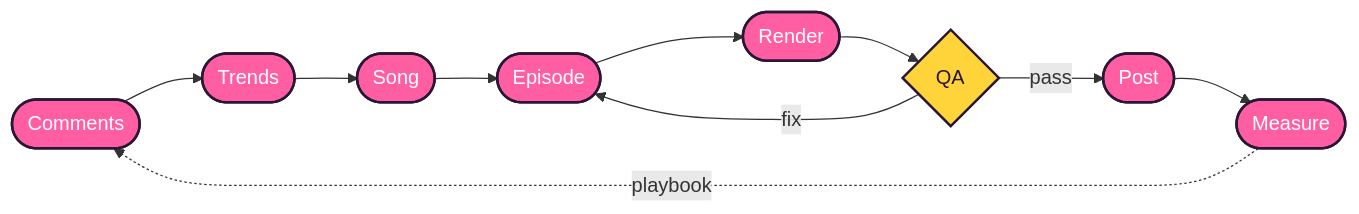
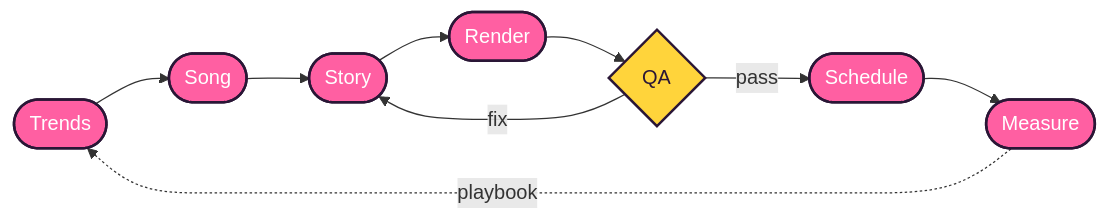
Before and after one commit to ClementGuerin/saxo-dance-public: the diagram in README.md, drawn with Mermaid. The commit also changed other lines of this file and 2 other files, not shown here.

Commit message:
Sync with a36fac5: docs(readme): catch the text up with four videos a night and the story episodes

````diff
--- a/README.md
+++ b/README.md
@@ -98,11 +102,11 @@
 ```mermaid
 flowchart LR
-    A(["Comments"]) --> B(["Trends"]) --> C(["Song"]) --> D(["Episode"]) --> E(["Render"]) --> F{"QA"}
+    A(["Trends"]) --> C(["Song"]) --> D(["Story"]) --> E(["Render"]) --> F{"QA"}
     F -- fix --> D
-    F -- pass --> G(["Post"]) --> H(["Measure"])
+    F -- pass --> G(["Schedule"]) --> H(["Measure"])
     H -. playbook .-> A
     classDef step fill:#ff5fa2,stroke:#2a1636,stroke-width:2px,color:#ffffff
     classDef gate fill:#ffd43b,stroke:#2a1636,stroke-width:2px,color:#2a1636
-    class A,B,C,D,E,G,H step
+    class A,C,D,E,G,H step
     class F gate
 ```
````
